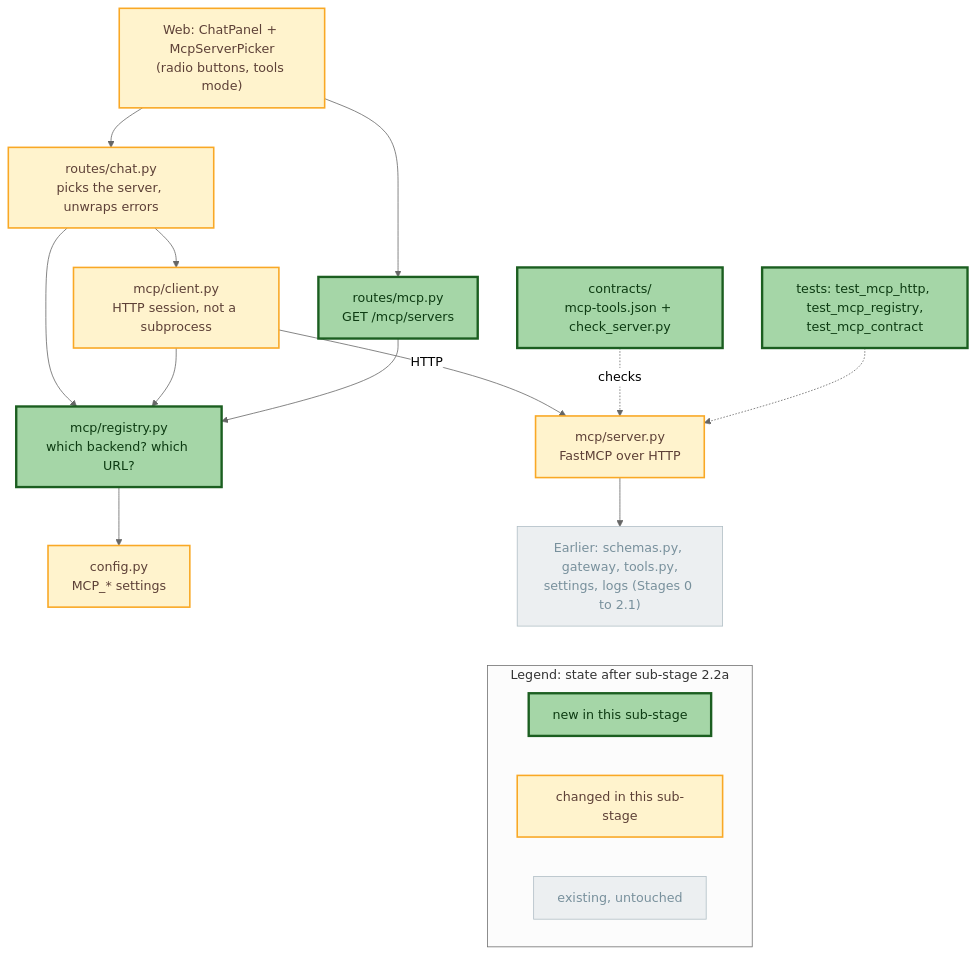
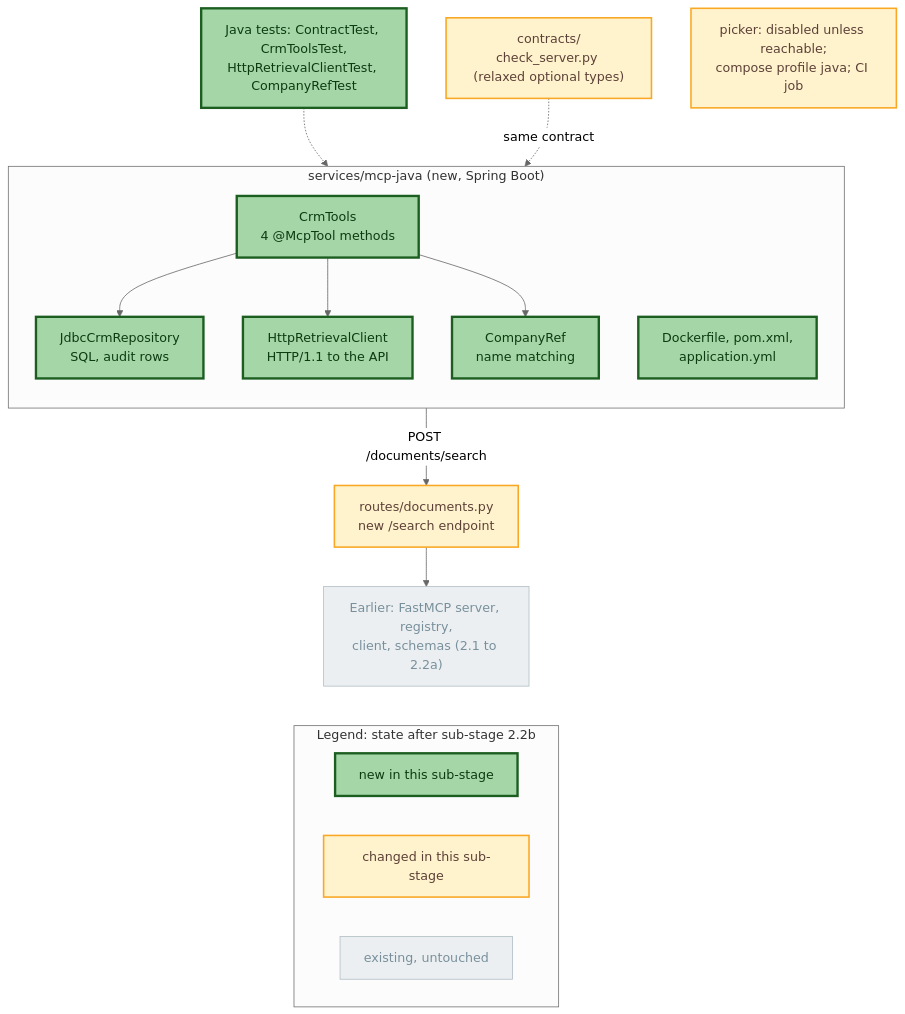
Before and after one commit to dsailajakrishna0-ship-it/customer-compass-v3: the diagram in docs/diagrams/stage2-module-map.mmd, drawn with Mermaid (neutral theme). The commit also changed 43 other files, not shown here.

First line of the commit message:
Stage 2.2b: Spring Boot MCP server (Java twin of the four tools) (#32)

```diff
--- a/docs/diagrams/stage2-module-map.mmd
+++ b/docs/diagrams/stage2-module-map.mmd
@@ -1,26 +1,26 @@
 flowchart TB
-    W["Web: ChatPanel + McpServerPicker<br/>(radio buttons, tools mode)"] --> C
-    C["routes/chat.py<br/>picks the server, unwraps errors"] --> R["mcp/registry.py<br/>which backend? which URL?"]
-    C --> CL["mcp/client.py<br/>HTTP session, not a subprocess"]
-    R --> CF["config.py<br/>MCP_* settings"]
-    CL --> R
-    CL -->|HTTP| S["mcp/server.py<br/>FastMCP over HTTP"]
-    API2["routes/mcp.py<br/>GET /mcp/servers"] --> R
-    W --> API2
-    K["contracts/<br/>mcp-tools.json + check_server.py"] -.->|checks| S
-    T["tests: test_mcp_http, test_mcp_registry,<br/>test_mcp_contract"] -.-> S
-    E["Earlier: schemas.py, gateway, tools.py,<br/>settings, logs (Stages 0 to 2.1)"]
-    S --> E
-    subgraph legend["Legend: state after sub-stage 2.2a"]
+    subgraph java["services/mcp-java (new, Spring Boot)"]
+        direction TB
+        T["CrmTools<br/>4 @McpTool methods"] --> R["JdbcCrmRepository<br/>SQL, audit rows"]
+        T --> H["HttpRetrievalClient<br/>HTTP/1.1 to the API"]
+        T --> M["CompanyRef<br/>name matching"]
+        D["Dockerfile, pom.xml,<br/>application.yml"]
+    end
+    JT["Java tests: ContractTest, CrmToolsTest,<br/>HttpRetrievalClientTest, CompanyRefTest"] -.-> T
+    K["contracts/<br/>check_server.py (relaxed optional types)"] -.->|"same contract"| T
+    H -->|"POST /documents/search"| S["routes/documents.py<br/>new /search endpoint"]
+    S --> E["Earlier: FastMCP server, registry,<br/>client, schemas (2.1 to 2.2a)"]
+    P["picker: disabled unless reachable;<br/>compose profile java; CI job"]
+    subgraph legend["Legend: state after sub-stage 2.2b"]
         direction LR
         K1["new in this sub-stage"]
         K2["changed in this sub-stage"]
         K3["existing, untouched"]
     end
     E ~~~ legend
     classDef new fill:#a5d6a7,stroke:#1b5e20,stroke-width:3px,color:#0d3b12
     classDef changed fill:#fff3cd,stroke:#f9a825,stroke-width:2px,color:#5d4037
     classDef existing fill:#eceff1,stroke:#b0bec5,color:#78909c
-    class R,API2,K,T,K1 new
-    class W,C,CL,S,CF,K2 changed
+    class T,R,H,M,D,JT,K1 new
+    class K,S,P,K2 changed
     class E,K3 existing
```
